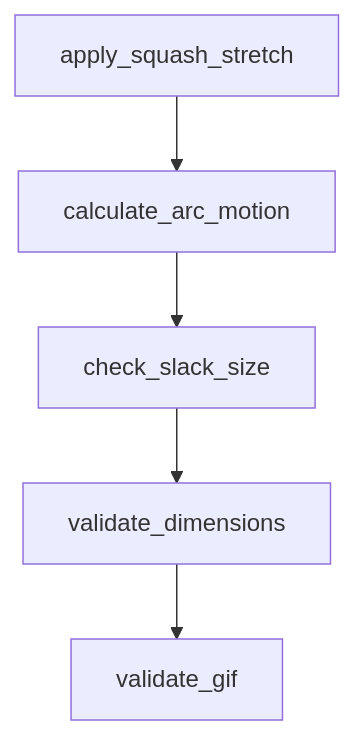
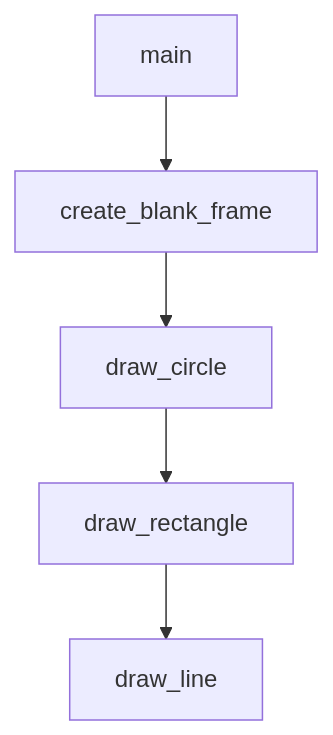
One commit to johnxie/awesome-code-docs changed the diagram in tutorials/awesome-claude-skills-tutorial/08-team-adoption-and-ongoing-maintenance.md. Above: the diagram before and after it, drawn with Mermaid. The commit also changed other lines of this file and 1232 other files, not shown here.

````diff
--- a/tutorials/awesome-claude-skills-tutorial/08-team-adoption-and-ongoing-maintenance.md
+++ b/tutorials/awesome-claude-skills-tutorial/08-team-adoption-and-ongoing-maintenance.md
@@ -216,12 +214,12 @@
 ```mermaid
 flowchart TD
-    A[apply_squash_stretch]
-    B[calculate_arc_motion]
-    C[check_slack_size]
-    D[validate_dimensions]
-    E[validate_gif]
+    A[main]
+    B[create_blank_frame]
+    C[draw_circle]
+    D[draw_rectangle]
+    E[draw_line]
     A --> B
     B --> C
     C --> D
     D --> E
 ```
````
